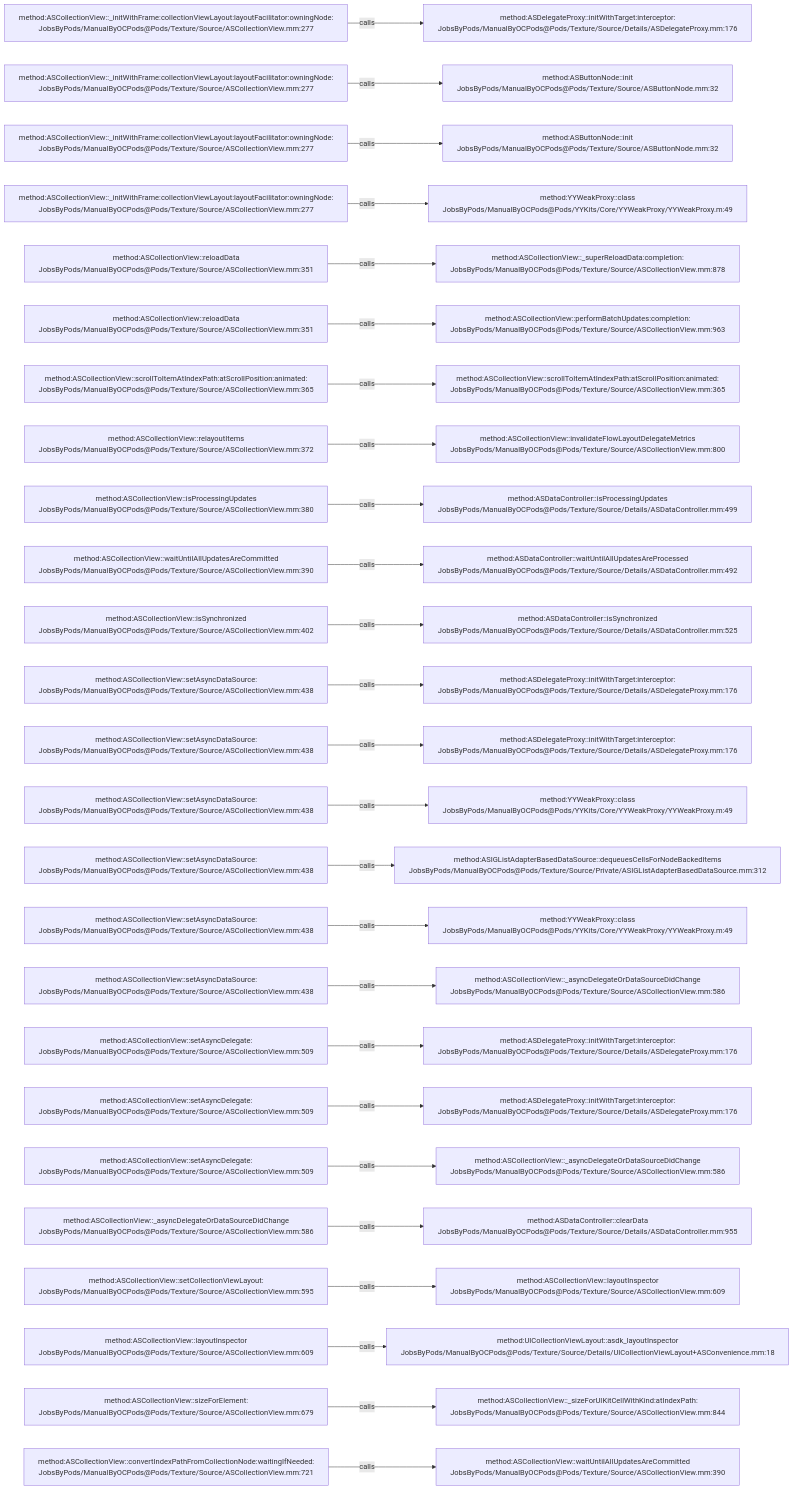
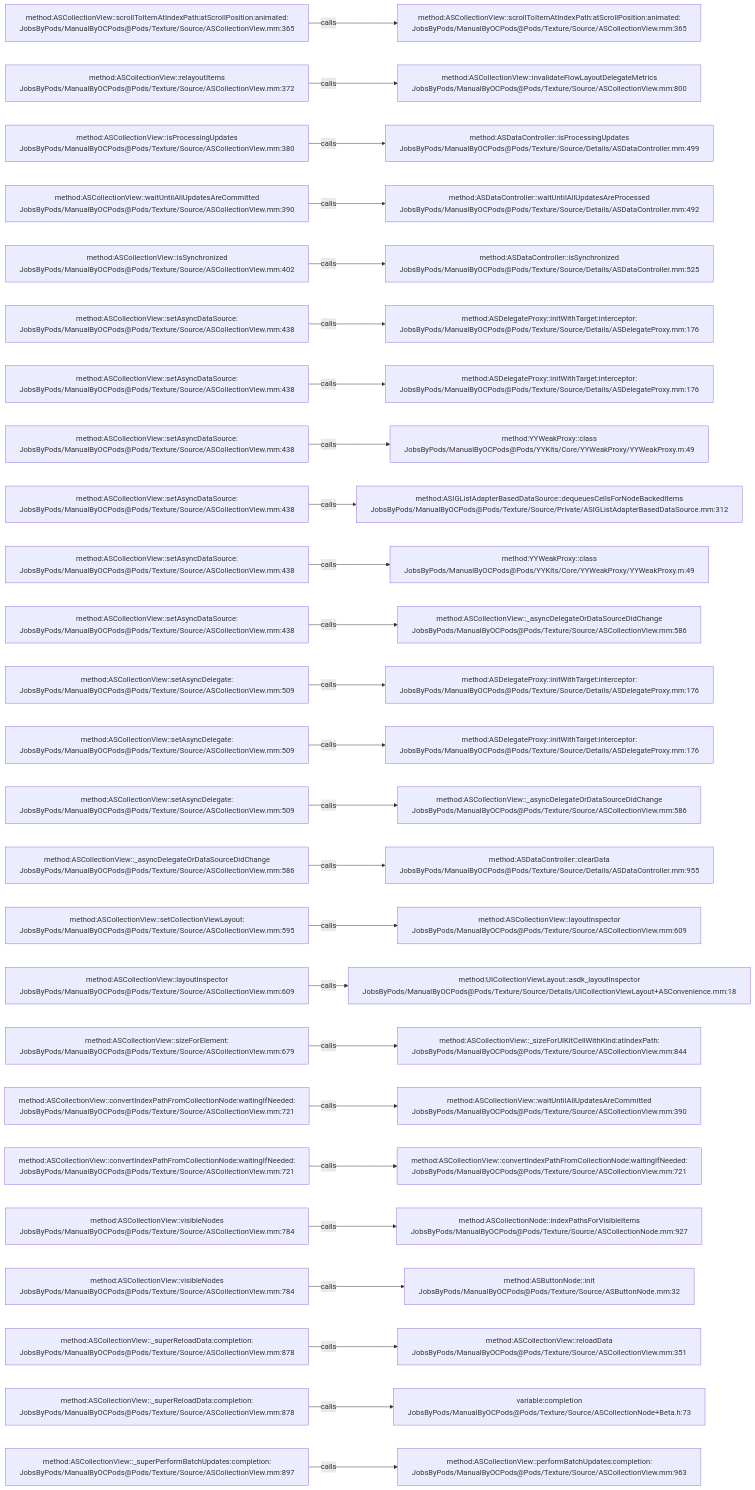
One commit to JobsKits/JobsOCBaseConfigDemo changed the diagram in .codegraph/codegraph.md/graphs/calls-072.md. Above: the diagram before and after it, drawn with Mermaid. The commit also changed 666 other files, not shown here.

````diff
--- a/.codegraph/codegraph.md/graphs/calls-072.md
+++ b/.codegraph/codegraph.md/graphs/calls-072.md
@@ -13,78 +13,78 @@
 ```mermaid
 flowchart LR
-  S1["method:ASCollectionView::_initWithFrame:collectionViewLayout:layoutFacilitator:owningNode:<br/>JobsByPods/ManualByOCPods@Pods/Texture/Source/ASCollectionView.mm:277"]
-  T1["method:ASDelegateProxy::initWithTarget:interceptor:<br/>JobsByPods/ManualByOCPods@Pods/Texture/Source/Details/ASDelegateProxy.mm:176"]
+  S1["method:ASCollectionView::scrollToItemAtIndexPath:atScrollPosition:animated:<br/>JobsByPods/ManualByOCPods@Pods/Texture/Source/ASCollectionView.mm:365"]
+  T1["method:ASCollectionView::scrollToItemAtIndexPath:atScrollPosition:animated:<br/>JobsByPods/ManualByOCPods@Pods/Texture/Source/ASCollectionView.mm:365"]
   S1 -->|calls| T1
-  S2["method:ASCollectionView::_initWithFrame:collectionViewLayout:layoutFacilitator:owningNode:<br/>JobsByPods/ManualByOCPods@Pods/Texture/Source/ASCollectionView.mm:277"]
-  T2["method:ASButtonNode::init<br/>JobsByPods/ManualByOCPods@Pods/Texture/Source/ASButtonNode.mm:32"]
+  S2["method:ASCollectionView::relayoutItems<br/>JobsByPods/ManualByOCPods@Pods/Texture/Source/ASCollectionView.mm:372"]
+  T2["method:ASCollectionView::invalidateFlowLayoutDelegateMetrics<br/>JobsByPods/ManualByOCPods@Pods/Texture/Source/ASCollectionView.mm:800"]
   S2 -->|calls| T2
-  S3["method:ASCollectionView::_initWithFrame:collectionViewLayout:layoutFacilitator:owningNode:<br/>JobsByPods/ManualByOCPods@Pods/Texture/Source/ASCollectionView.mm:277"]
-  T3["method:ASButtonNode::init<br/>JobsByPods/ManualByOCPods@Pods/Texture/Source/ASButtonNode.mm:32"]
+  S3["method:ASCollectionView::isProcessingUpdates<br/>JobsByPods/ManualByOCPods@Pods/Texture/Source/ASCollectionView.mm:380"]
+  T3["method:ASDataController::isProcessingUpdates<br/>JobsByPods/ManualByOCPods@Pods/Texture/Source/Details/ASDataController.mm:499"]
   S3 -->|calls| T3
-  S4["method:ASCollectionView::_initWithFrame:collectionViewLayout:layoutFacilitator:owningNode:<br/>JobsByPods/ManualByOCPods@Pods/Texture/Source/ASCollectionView.mm:277"]
-  T4["method:YYWeakProxy::class<br/>JobsByPods/ManualByOCPods@Pods/YYKits/Core/YYWeakProxy/YYWeakProxy.m:49"]
+  S4["method:ASCollectionView::waitUntilAllUpdatesAreCommitted<br/>JobsByPods/ManualByOCPods@Pods/Texture/Source/ASCollectionView.mm:390"]
+  T4["method:ASDataController::waitUntilAllUpdatesAreProcessed<br/>JobsByPods/ManualByOCPods@Pods/Texture/Source/Details/ASDataController.mm:492"]
   S4 -->|calls| T4
-  S5["method:ASCollectionView::reloadData<br/>JobsByPods/ManualByOCPods@Pods/Texture/Source/ASCollectionView.mm:351"]
-  T5["method:ASCollectionView::_superReloadData:completion:<br/>JobsByPods/ManualByOCPods@Pods/Texture/Source/ASCollectionView.mm:878"]
+  S5["method:ASCollectionView::isSynchronized<br/>JobsByPods/ManualByOCPods@Pods/Texture/Source/ASCollectionView.mm:402"]
+  T5["method:ASDataController::isSynchronized<br/>JobsByPods/ManualByOCPods@Pods/Texture/Source/Details/ASDataController.mm:525"]
   S5 -->|calls| T5
-  S6["method:ASCollectionView::reloadData<br/>JobsByPods/ManualByOCPods@Pods/Texture/Source/ASCollectionView.mm:351"]
-  T6["method:ASCollectionView::performBatchUpdates:completion:<br/>JobsByPods/ManualByOCPods@Pods/Texture/Source/ASCollectionView.mm:963"]
+  S6["method:ASCollectionView::setAsyncDataSource:<br/>JobsByPods/ManualByOCPods@Pods/Texture/Source/ASCollectionView.mm:438"]
+  T6["method:ASDelegateProxy::initWithTarget:interceptor:<br/>JobsByPods/ManualByOCPods@Pods/Texture/Source/Details/ASDelegateProxy.mm:176"]
   S6 -->|calls| T6
-  S7["method:ASCollectionView::scrollToItemAtIndexPath:atScrollPosition:animated:<br/>JobsByPods/ManualByOCPods@Pods/Texture/Source/ASCollectionView.mm:365"]
-  T7["method:ASCollectionView::scrollToItemAtIndexPath:atScrollPosition:animated:<br/>JobsByPods/ManualByOCPods@Pods/Texture/Source/ASCollectionView.mm:365"]
+  S7["method:ASCollectionView::setAsyncDataSource:<br/>JobsByPods/ManualByOCPods@Pods/Texture/Source/ASCollectionView.mm:438"]
+  T7["method:ASDelegateProxy::initWithTarget:interceptor:<br/>JobsByPods/ManualByOCPods@Pods/Texture/Source/Details/ASDelegateProxy.mm:176"]
   S7 -->|calls| T7
-  S8["method:ASCollectionView::relayoutItems<br/>JobsByPods/ManualByOCPods@Pods/Texture/Source/ASCollectionView.mm:372"]
-  T8["method:ASCollectionView::invalidateFlowLayoutDelegateMetrics<br/>JobsByPods/ManualByOCPods@Pods/Texture/Source/ASCollectionView.mm:800"]
+  S8["method:ASCollectionView::setAsyncDataSource:<br/>JobsByPods/ManualByOCPods@Pods/Texture/Source/ASCollectionView.mm:438"]
+  T8["method:YYWeakProxy::class<br/>JobsByPods/ManualByOCPods@Pods/YYKits/Core/YYWeakProxy/YYWeakProxy.m:49"]
   S8 -->|calls| T8
-  S9["method:ASCollectionView::isProcessingUpdates<br/>JobsByPods/ManualByOCPods@Pods/Texture/Source/ASCollectionView.mm:380"]
-  T9["method:ASDataController::isProcessingUpdates<br/>JobsByPods/ManualByOCPods@Pods/Texture/Source/Details/ASDataController.mm:499"]
+  S9["method:ASCollectionView::setAsyncDataSource:<br/>JobsByPods/ManualByOCPods@Pods/Texture/Source/ASCollectionView.mm:438"]
+  T9["method:ASIGListAdapterBasedDataSource::dequeuesCellsForNodeBackedItems<br/>JobsByPods/ManualByOCPods@Pods/Texture/Source/Private/ASIGListAdapterBasedDataSource.mm:312"]
   S9 -->|calls| T9
-  S10["method:ASCollectionView::waitUntilAllUpdatesAreCommitted<br/>JobsByPods/ManualByOCPods@Pods/Texture/Source/ASCollectionView.mm:390"]
-  T10["method:ASDataController::waitUntilAllUpdatesAreProcessed<br/>JobsByPods/ManualByOCPods@Pods/Texture/Source/Details/ASDataController.mm:492"]
+  S10["method:ASCollectionView::setAsyncDataSource:<br/>JobsByPods/ManualByOCPods@Pods/Texture/Source/ASCollectionView.mm:438"]
+  T10["method:YYWeakProxy::class<br/>JobsByPods/ManualByOCPods@Pods/YYKits/Core/YYWeakProxy/YYWeakProxy.m:49"]
   S10 -->|calls| T10
-  S11["method:ASCollectionView::isSynchronized<br/>JobsByPods/ManualByOCPods@Pods/Texture/Source/ASCollectionView.mm:402"]
-  T11["method:ASDataController::isSynchronized<br/>JobsByPods/ManualByOCPods@Pods/Texture/Source/Details/ASDataController.mm:525"]
+  S11["method:ASCollectionView::setAsyncDataSource:<br/>JobsByPods/ManualByOCPods@Pods/Texture/Source/ASCollectionView.mm:438"]
+  T11["method:ASCollectionView::_asyncDelegateOrDataSourceDidChange<br/>JobsByPods/ManualByOCPods@Pods/Texture/Source/ASCollectionView.mm:586"]
   S11 -->|calls| T11
-  S12["method:ASCollectionView::setAsyncDataSource:<br/>JobsByPods/ManualByOCPods@Pods/Texture/Source/ASCollectionView.mm:438"]
+  S12["method:ASCollectionView::setAsyncDelegate:<br/>JobsByPods/ManualByOCPods@Pods/Texture/Source/ASCollectionView.mm:509"]
   T12["method:ASDelegateProxy::initWithTarget:interceptor:<br/>JobsByPods/ManualByOCPods@Pods/Texture/Source/Details/ASDelegateProxy.mm:176"]
   S12 -->|calls| T12
-  S13["method:ASCollectionView::setAsyncDataSource:<br/>JobsByPods/ManualByOCPods@Pods/Texture/Source/ASCollectionView.mm:438"]
+  S13["method:ASCollectionView::setAsyncDelegate:<br/>JobsByPods/ManualByOCPods@Pods/Texture/Source/ASCollectionView.mm:509"]
   T13["method:ASDelegateProxy::initWithTarget:interceptor:<br/>JobsByPods/ManualByOCPods@Pods/Texture/Source/Details/ASDelegateProxy.mm:176"]
   S13 -->|calls| T13
-  S14["method:ASCollectionView::setAsyncDataSource:<br/>JobsByPods/ManualByOCPods@Pods/Texture/Source/ASCollectionView.mm:438"]
-  T14["method:YYWeakProxy::class<br/>JobsByPods/ManualByOCPods@Pods/YYKits/Core/YYWeakProxy/YYWeakProxy.m:49"]
+  S14["method:ASCollectionView::setAsyncDelegate:<br/>JobsByPods/ManualByOCPods@Pods/Texture/Source/ASCollectionView.mm:509"]
+  T14["method:ASCollectionView::_asyncDelegateOrDataSourceDidChange<br/>JobsByPods/ManualByOCPods@Pods/Texture/Source/ASCollectionView.mm:586"]
   S14 -->|calls| T14
-  S15["method:ASCollectionView::setAsyncDataSource:<br/>JobsByPods/ManualByOCPods@Pods/Texture/Source/ASCollectionView.mm:438"]
-  T15["method:ASIGListAdapterBasedDataSource::dequeuesCellsForNodeBackedItems<br/>JobsByPods/ManualByOCPods@Pods/Texture/Source/Private/ASIGListAdapterBasedDataSource.mm:312"]
+  S15["method:ASCollectionView::_asyncDelegateOrDataSourceDidChange<br/>JobsByPods/ManualByOCPods@Pods/Texture/Source/ASCollectionView.mm:586"]
+  T15["method:ASDataController::clearData<br/>JobsByPods/ManualByOCPods@Pods/Texture/Source/Details/ASDataController.mm:955"]
   S15 -->|calls| T15
-  S16["method:ASCollectionView::setAsyncDataSource:<br/>JobsByPods/ManualByOCPods@Pods/Texture/Source/ASCollectionView.mm:438"]
-  T16["method:YYWeakProxy::class<br/>JobsByPods/ManualByOCPods@Pods/YYKits/Core/YYWeakProxy/YYWeakProxy.m:49"]
+  S16["method:ASCollectionView::setCollectionViewLayout:<br/>JobsByPods/ManualByOCPods@Pods/Texture/Source/ASCollectionView.mm:595"]
+  T16["method:ASCollectionView::layoutInspector<br/>JobsByPods/ManualByOCPods@Pods/Texture/Source/ASCollectionView.mm:609"]
   S16 -->|calls| T16
-  S17["method:ASCollectionView::setAsyncDataSource:<br/>JobsByPods/ManualByOCPods@Pods/Texture/Source/ASCollectionView.mm:438"]
-  T17["method:ASCollectionView::_asyncDelegateOrDataSourceDidChange<br/>JobsByPods/ManualByOCPods@Pods/Texture/Source/ASCollectionView.mm:586"]
+  S17["method:ASCollectionView::layoutInspector<br/>JobsByPods/ManualByOCPods@Pods/Texture/Source/ASCollectionView.mm:609"]
+  T17["method:UICollectionViewLayout::asdk_layoutInspector<br/>JobsByPods/ManualByOCPods@Pods/Texture/Source/Details/UICollectionViewLayout+ASConvenience.mm:18"]
   S17 -->|calls| T17
-  S18["method:ASCollectionView::setAsyncDelegate:<br/>JobsByPods/ManualByOCPods@Pods/Texture/Source/ASCollectionView.mm:509"]
-  T18["method:ASDelegateProxy::initWithTarget:interceptor:<br/>JobsByPods/ManualByOCPods@Pods/Texture/Source/Details/ASDelegateProxy.mm:176"]
+  S18["method:ASCollectionView::sizeForElement:<br/>JobsByPods/ManualByOCPods@Pods/Texture/Source/ASCollectionView.mm:679"]
+  T18["method:ASCollectionView::_sizeForUIKitCellWithKind:atIndexPath:<br/>JobsByPods/ManualByOCPods@Pods/Texture/Source/ASCollectionView.mm:844"]
   S18 -->|calls| T18
-  S19["method:ASCollectionView::setAsyncDelegate:<br/>JobsByPods/ManualByOCPods@Pods/Texture/Source/ASCollectionView.mm:509"]
-  T19["method:ASDelegateProxy::initWithTarget:interceptor:<br/>JobsByPods/ManualByOCPods@Pods/Texture/Source/Details/ASDelegateProxy.mm:176"]
+  S19["method:ASCollectionView::convertIndexPathFromCollectionNode:waitingIfNeeded:<br/>JobsByPods/ManualByOCPods@Pods/Texture/Source/ASCollectionView.mm:721"]
+  T19["method:ASCollectionView::waitUntilAllUpdatesAreCommitted<br/>JobsByPods/ManualByOCPods@Pods/Texture/Source/ASCollectionView.mm:390"]
   S19 -->|calls| T19
-  S20["method:ASCollectionView::setAsyncDelegate:<br/>JobsByPods/ManualByOCPods@Pods/Texture/Source/ASCollectionView.mm:509"]
-  T20["method:ASCollectionView::_asyncDelegateOrDataSourceDidChange<br/>JobsByPods/ManualByOCPods@Pods/Texture/Source/ASCollectionView.mm:586"]
+  S20["method:ASCollectionView::convertIndexPathFromCollectionNode:waitingIfNeeded:<br/>JobsByPods/ManualByOCPods@Pods/Texture/Source/ASCollectionView.mm:721"]
+  T20["method:ASCollectionView::convertIndexPathFromCollectionNode:waitingIfNeeded:<br/>JobsByPods/ManualByOCPods@Pods/Texture/Source/ASCollectionView.mm:721"]
   S20 -->|calls| T20
-  S21["method:ASCollectionView::_asyncDelegateOrDataSourceDidChange<br/>JobsByPods/ManualByOCPods@Pods/Texture/Source/ASCollectionView.mm:586"]
-  T21["method:ASDataController::clearData<br/>JobsByPods/ManualByOCPods@Pods/Texture/Source/Details/ASDataController.mm:955"]
+  S21["method:ASCollectionView::visibleNodes<br/>JobsByPods/ManualByOCPods@Pods/Texture/Source/ASCollectionView.mm:784"]
+  T21["method:ASCollectionNode::indexPathsForVisibleItems<br/>JobsByPods/ManualByOCPods@Pods/Texture/Source/ASCollectionNode.mm:927"]
   S21 -->|calls| T21
-  S22["method:ASCollectionView::setCollectionViewLayout:<br/>JobsByPods/ManualByOCPods@Pods/Texture/Source/ASCollectionView.mm:595"]
-  T22["method:ASCollectionView::layoutInspector<br/>JobsByPods/ManualByOCPods@Pods/Texture/Source/ASCollectionView.mm:609"]
+  S22["method:ASCollectionView::visibleNodes<br/>JobsByPods/ManualByOCPods@Pods/Texture/Source/ASCollectionView.mm:784"]
+  T22["method:ASButtonNode::init<br/>JobsByPods/ManualByOCPods@Pods/Texture/Source/ASButtonNode.mm:32"]
   S22 -->|calls| T22
-  S23["method:ASCollectionView::layoutInspector<br/>JobsByPods/ManualByOCPods@Pods/Texture/Source/ASCollectionView.mm:609"]
-  T23["method:UICollectionViewLayout::asdk_layoutInspector<br/>JobsByPods/ManualByOCPods@Pods/Texture/Source/Details/UICollectionViewLayout+ASConvenience.mm:18"]
+  S23["method:ASCollectionView::_superReloadData:completion:<br/>JobsByPods/ManualByOCPods@Pods/Texture/Source/ASCollectionView.mm:878"]
+  T23["method:ASCollectionView::reloadData<br/>JobsByPods/ManualByOCPods@Pods/Texture/Source/ASCollectionView.mm:351"]
   S23 -->|calls| T23
-  S24["method:ASCollectionView::sizeForElement:<br/>JobsByPods/ManualByOCPods@Pods/Texture/Source/ASCollectionView.mm:679"]
-  T24["method:ASCollectionView::_sizeForUIKitCellWithKind:atIndexPath:<br/>JobsByPods/ManualByOCPods@Pods/Texture/Source/ASCollectionView.mm:844"]
+  S24["method:ASCollectionView::_superReloadData:completion:<br/>JobsByPods/ManualByOCPods@Pods/Texture/Source/ASCollectionView.mm:878"]
+  T24["variable:completion<br/>JobsByPods/ManualByOCPods@Pods/Texture/Source/ASCollectionNode+Beta.h:73"]
   S24 -->|calls| T24
-  S25["method:ASCollectionView::convertIndexPathFromCollectionNode:waitingIfNeeded:<br/>JobsByPods/ManualByOCPods@Pods/Texture/Source/ASCollectionView.mm:721"]
-  T25["method:ASCollectionView::waitUntilAllUpdatesAreCommitted<br/>JobsByPods/ManualByOCPods@Pods/Texture/Source/ASCollectionView.mm:390"]
+  S25["method:ASCollectionView::_superPerformBatchUpdates:completion:<br/>JobsByPods/ManualByOCPods@Pods/Texture/Source/ASCollectionView.mm:897"]
+  T25["method:ASCollectionView::performBatchUpdates:completion:<br/>JobsByPods/ManualByOCPods@Pods/Texture/Source/ASCollectionView.mm:963"]
   S25 -->|calls| T25
 ```
````
